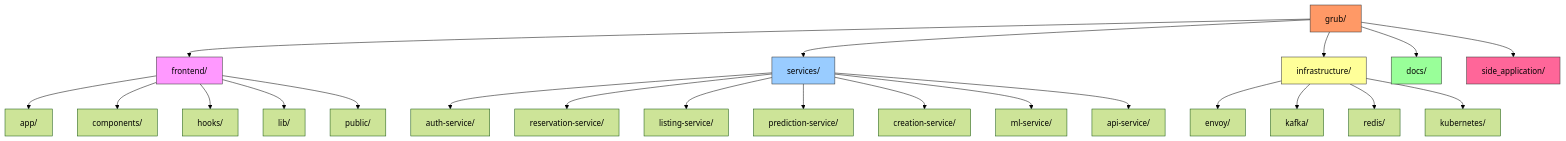
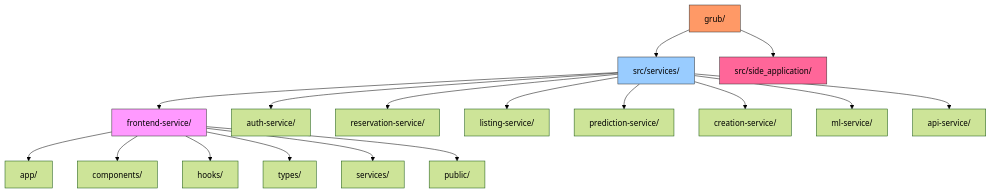
The third of 3 diagrams in README.md (Juke0406/Grub), drawn with Mermaid (forest theme) before and after one commit. The commit also changed other lines of this file, not shown here.

````diff
--- a/README.md
+++ b/README.md
@@ -233,41 +243,30 @@
 ```mermaid
 graph TD
     Root[grub/]
-    Frontend[frontend/]
-    Services[services/]
-    Infra[infrastructure/]
-    Docs[docs/]
-    Side[side_application/]
+    Services[src/services/]
+    Side[src/side_application/]
 
-    Root --> Frontend
     Root --> Services
-    Root --> Infra
-    Root --> Docs
     Root --> Side
 
-    Frontend --> App[app/]
-    Frontend --> Comp[components/]
-    Frontend --> Hooks[hooks/]
-    Frontend --> Lib[lib/]
-    Frontend --> Public[public/]
-
+    Services --> Frontend[frontend-service/]
     Services --> Auth[auth-service/]
     Services --> Res[reservation-service/]
     Services --> List[listing-service/]
     Services --> Pred[prediction-service/]
     Services --> Create[creation-service/]
     Services --> ML[ml-service/]
     Services --> API[api-service/]
 
-    Infra --> Envoy[envoy/]
-    Infra --> Kafka[kafka/]
-    Infra --> Redis[redis/]
-    Infra --> K8s[kubernetes/]
+    Frontend --> App[app/]
+    Frontend --> Comp[components/]
+    Frontend --> Hooks[hooks/]
+    Frontend --> Types[types/]
+    Frontend --> Services2[services/]
+    Frontend --> Public[public/]
 
     style Root fill:#f96,stroke:#333
+    style Services fill:#9cf,stroke:#333
+    style Side fill:#f69,stroke:#333
     style Frontend fill:#f9f,stroke:#333
-    style Services fill:#9cf,stroke:#333
-    style Infra fill:#ff9,stroke:#333
-    style Docs fill:#9f9,stroke:#333
-    style Side fill:#f69,stroke:#333
 ```
````
